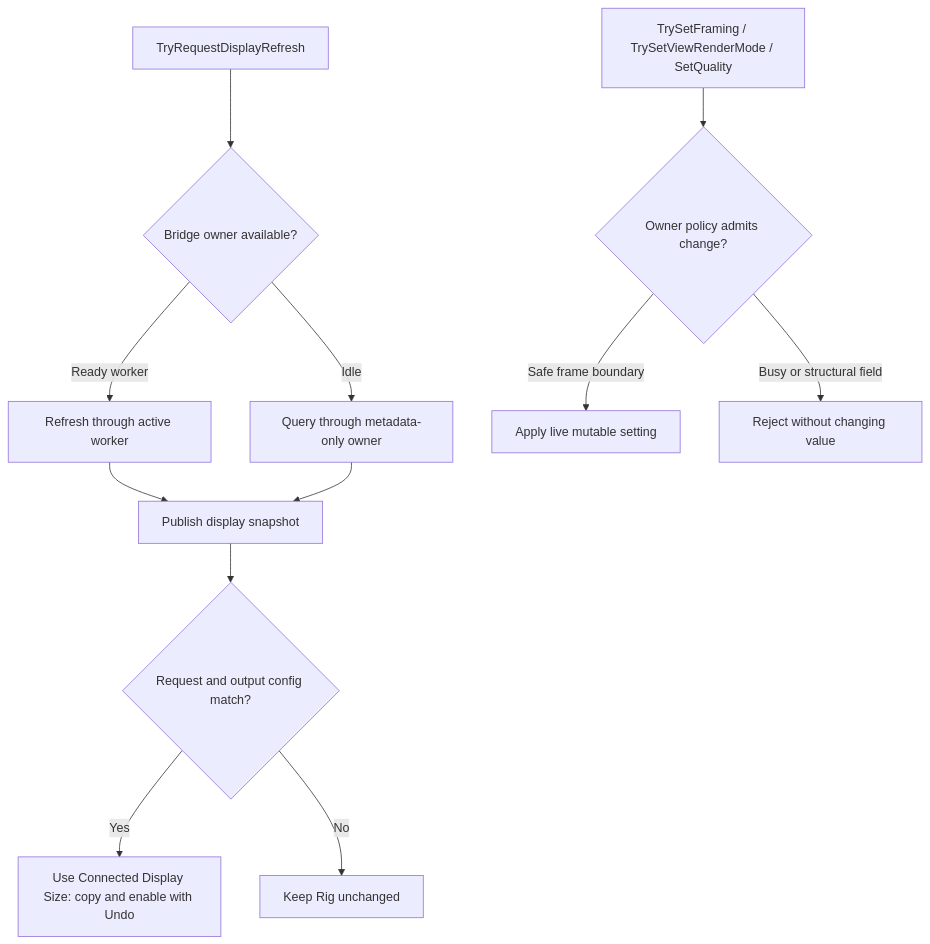
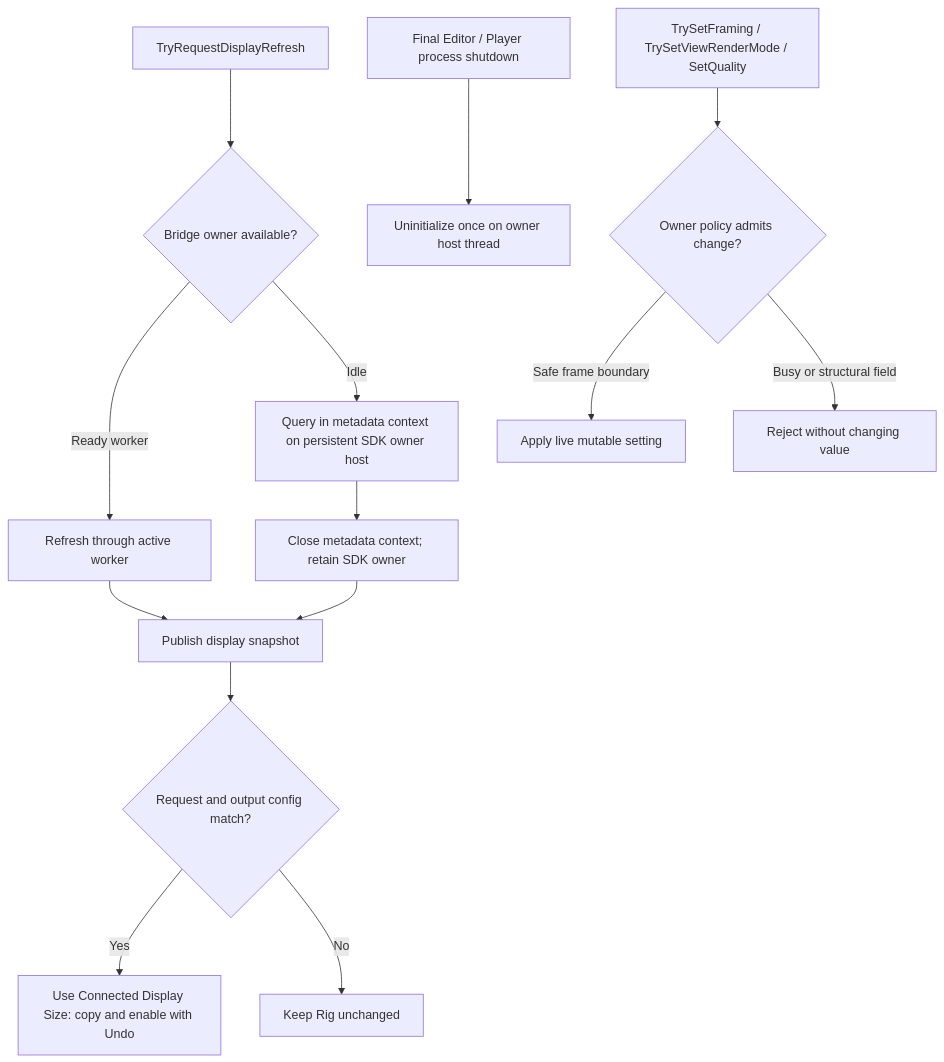
The second of 3 diagrams in docs/quilt-authoring.md (zabaglione/ViewWeave), drawn with Mermaid before and after one commit. The commit also changed other lines of this file and 35 other files, not shown here.

Commit message:
fix: retain Bridge SDK ownership across metadata refresh

````diff
--- a/docs/quilt-authoring.md
+++ b/docs/quilt-authoring.md
@@ -60,14 +62,16 @@
 ```mermaid
 flowchart TB
     Refresh["TryRequestDisplayRefresh"] --> Owner{"Bridge owner available?"}
     Owner -->|Ready worker| Live["Refresh through active worker"]
-    Owner -->|Idle| Metadata["Query through metadata-only owner"]
+    Owner -->|Idle| Metadata["Query in metadata context on persistent SDK owner host"]
     Live --> Snapshot["Publish display snapshot"]
-    Metadata --> Snapshot
+    Metadata --> ContextClose["Close metadata context; retain SDK owner"]
+    ContextClose --> Snapshot
+    ProcessExit["Final Editor / Player process shutdown"] --> Uninitialize["Uninitialize once on owner host thread"]
     Snapshot --> Match{"Request and output config match?"}
     Match -->|Yes| Apply["Use Connected Display Size: copy and enable with Undo"]
     Match -->|No| Keep["Keep Rig unchanged"]
     Mutate["TrySetFraming / TrySetViewRenderMode / SetQuality"] --> Policy{"Owner policy admits change?"}
     Policy -->|Safe frame boundary| ApplyLive["Apply live mutable setting"]
     Policy -->|Busy or structural field| Reject["Reject without changing value"]
 ```
````
